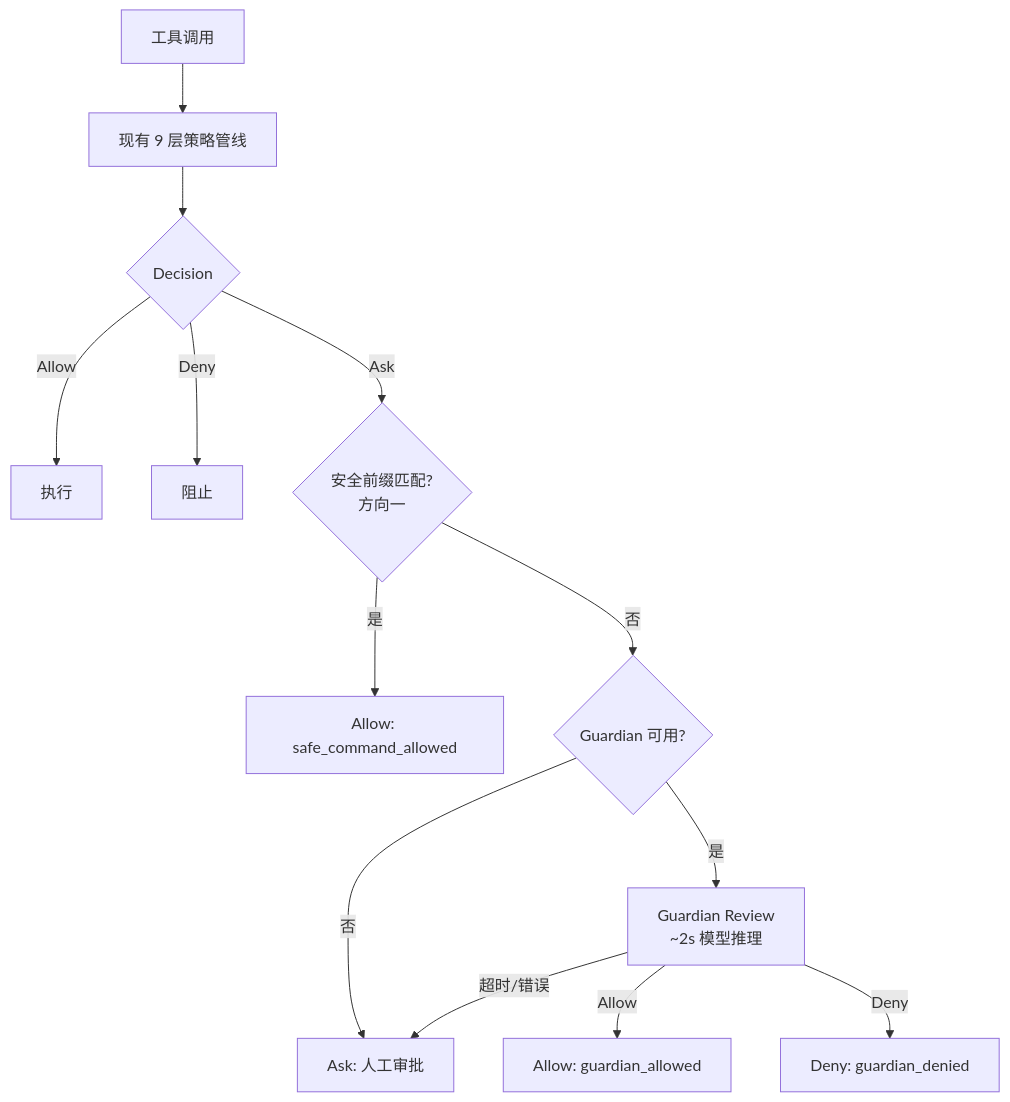
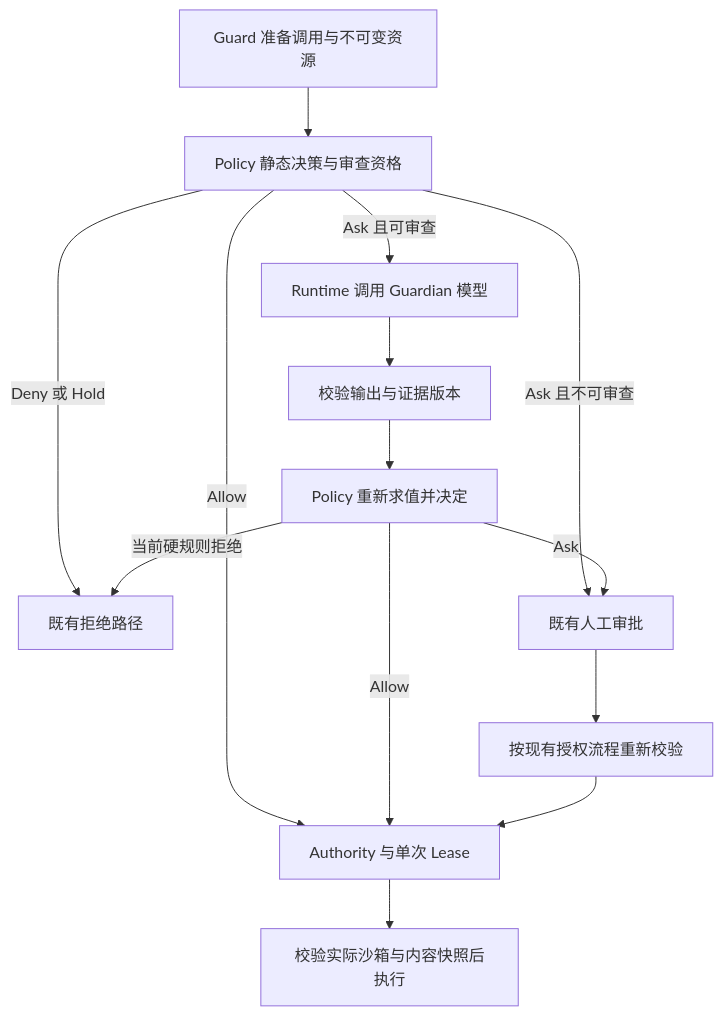
The diagram in docs/zh-CN/guardian-auto-review-design.md (fwtllh-png/QCode), drawn with Mermaid before and after one commit. The commit also changed other lines of this file and 294 other files, not shown here.

First line of the commit message:
feat(runtime): complete Guardian and streamline execution state

````diff
--- a/docs/zh-CN/guardian-auto-review-design.md
+++ b/docs/zh-CN/guardian-auto-review-design.md
@@ -35,15 +100,16 @@
 ```mermaid
 flowchart TD
-    A[工具调用] --> B[现有 9 层策略管线]
-    B --> C{Decision}
-    C -->|Allow| Z[执行]
-    C -->|Deny| Y[阻止]
-    C -->|Ask| D{安全前缀匹配?<br/>方向一}
-    D -->|是| Z2[Allow: safe_command_allowed]
-    D -->|否| E{Guardian 可用?}
-    E -->|否| F[Ask: 人工审批]
-    E -->|是| G[Guardian Review<br/>~2s 模型推理]
-    G -->|Allow| Z3[Allow: guardian_allowed]
-    G -->|Deny| Y2[Deny: guardian_denied]
-    G -->|超时/错误| F
+    A[Guard 准备调用与不可变资源] --> B[Policy 静态决策与审查资格]
+    B -->|Allow| C[Authority 与单次 Lease]
+    B -->|Deny 或 Hold| D[既有拒绝路径]
+    B -->|Ask 且不可审查| E[既有人工审批]
+    B -->|Ask 且可审查| F[Runtime 调用 Guardian 模型]
+    F --> G[校验输出与证据版本]
+    G --> H[Policy 重新求值并决定]
+    H -->|Allow| C
+    H -->|Ask| E
+    H -->|当前硬规则拒绝| D
+    E --> I[按现有授权流程重新校验]
+    I --> C
+    C --> J[校验实际沙箱与内容快照后执行]
 ```
````
